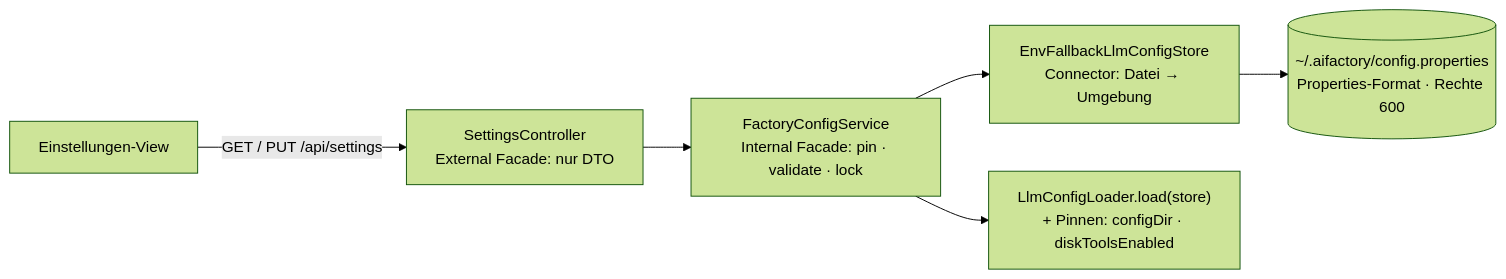
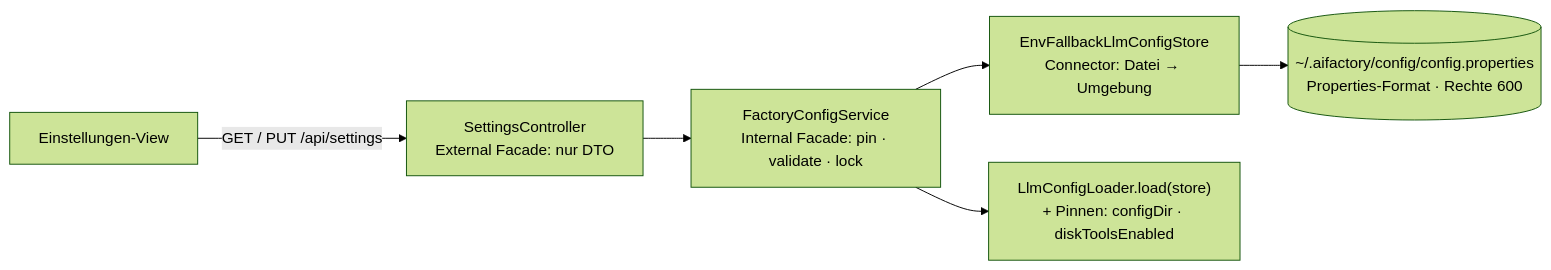
One commit to sterlp/eclipse-peon-ai changed the fifth of 5 diagrams in aifactory/docs/aifactory-architektur.md. Above: the diagram before and after it, drawn with Mermaid (forest theme). The commit also changed other lines of this file and 27 other files, not shown here.

````diff
--- a/aifactory/docs/aifactory-architektur.md
+++ b/aifactory/docs/aifactory-architektur.md
@@ -192,8 +194,8 @@
 ```mermaid
 flowchart LR
   UI[Einstellungen-View] -->|"GET / PUT /api/settings"| SC[SettingsController<br/>External Facade: nur DTO]
   SC --> FS[FactoryConfigService<br/>Internal Facade: pin · validate · lock]
   FS --> ENV[EnvFallbackLlmConfigStore<br/>Connector: Datei → Umgebung]
-  ENV --> FILE[(~/.aifactory/config.properties<br/>Properties-Format · Rechte 600)]
+  ENV --> FILE[(~/.aifactory/config/config.properties<br/>Properties-Format · Rechte 600)]
   FS --> CORE["LlmConfigLoader.load(store)<br/>+ Pinnen: configDir · diskToolsEnabled"]
 ```
````
